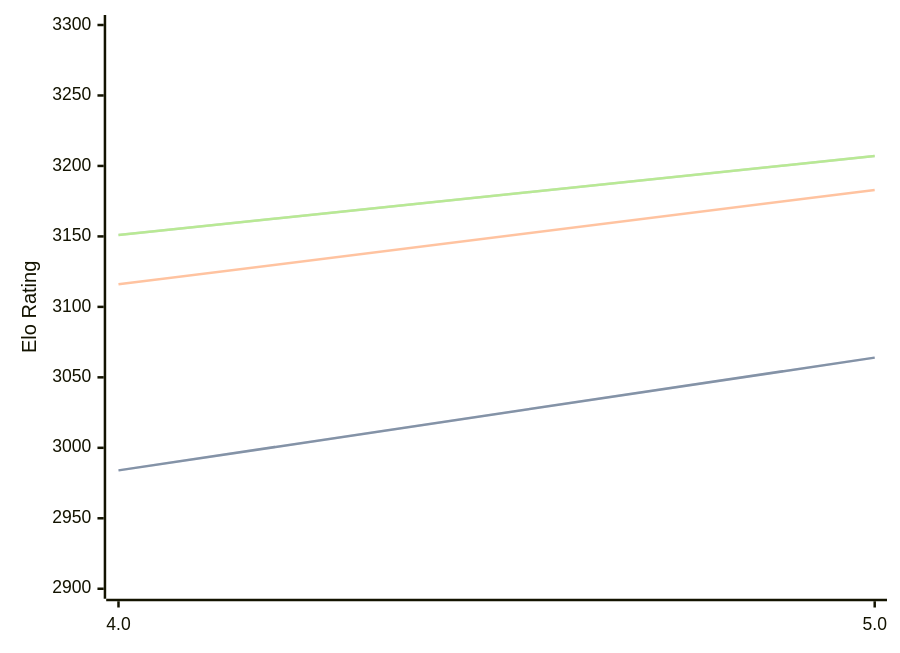
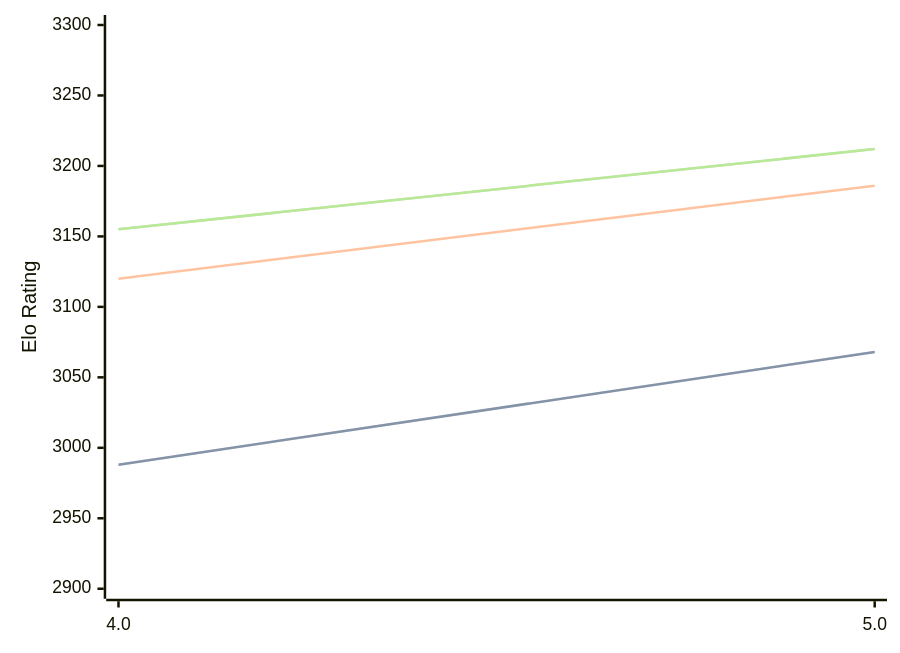
The diagram in engines/Tarnished.md (computer-chess-index/cci), drawn with Mermaid before and after one commit. The commit also changed other lines of this file, not shown here.

Commit message:
Update CCI Ratings (ELO VLTC) - 2026-02-24

````diff
--- a/engines/Tarnished.md
+++ b/engines/Tarnished.md
@@ -33,11 +33,11 @@
 ```mermaid
 %%{init: {"theme":"base","themeVariables":{"seriesColors:['#a3a3a3','#222221','#faa371']}}}%%
 xychart-beta
   x-axis ["4.0", "5.0"]
   y-axis "Elo Rating" 2900 --> 3300
-  line "STC (8.0+0.08s)" [2984, 3064]
-  line "STC (8.0+0.08s)" [2984, 3064]
-  line "LTC (60.0+0.60s)" [3116, 3183]
-  line "VLTC (2m24s+1.12s)" [3151, 3207]
-  line "VLTC (2m24s+1.12s)" [3151, 3207]
+  line "STC (8.0+0.08s)" [2988, 3068]
+  line "STC (8.0+0.08s)" [2988, 3068]
+  line "LTC (60.0+0.60s)" [3120, 3186]
+  line "VLTC (2m24s+1.12s)" [3155, 3212]
+  line "VLTC (2m24s+1.12s)" [3155, 3212]
 ```
````
